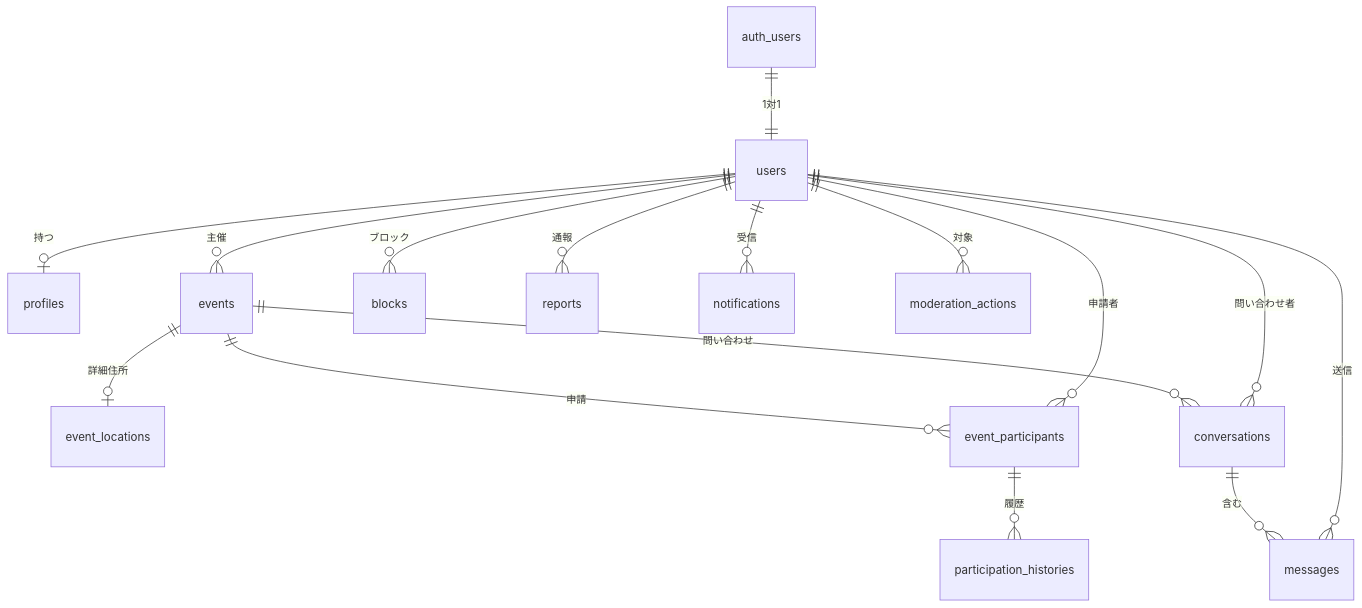
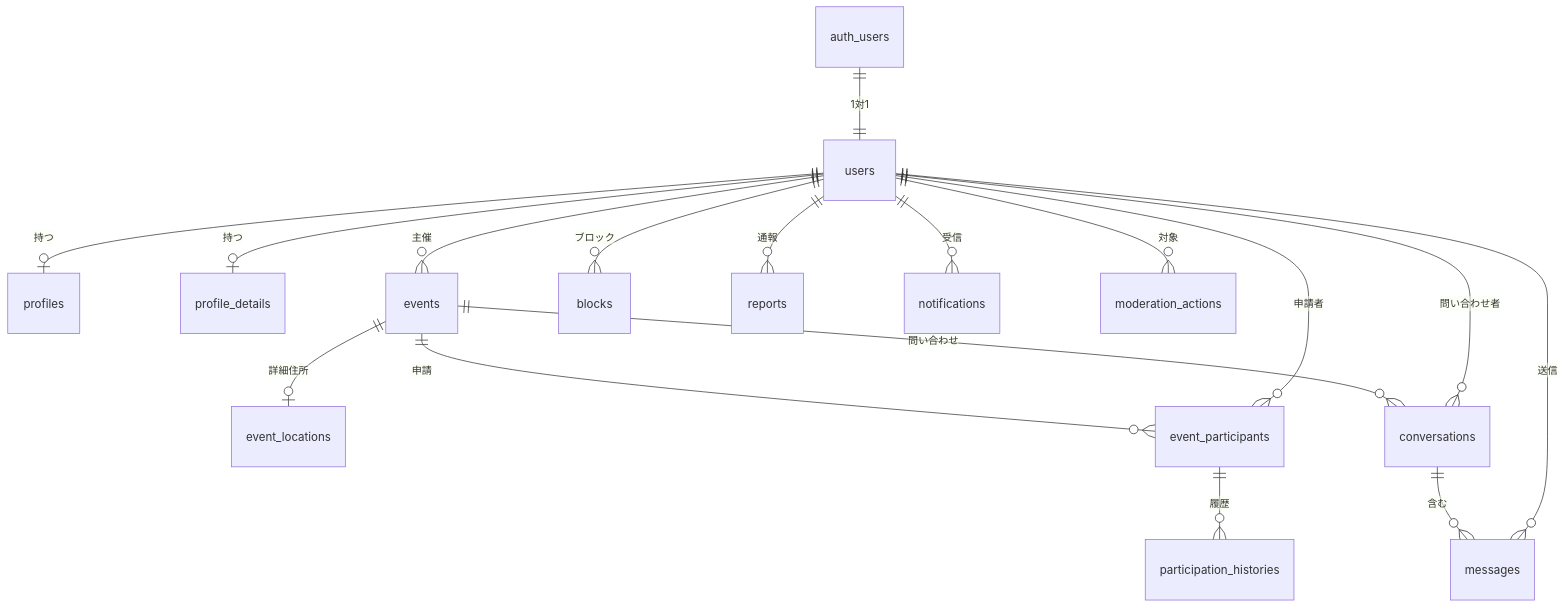
The first of 2 diagrams in docs/06_データベース設計.md (sysnovastudio-byte/nagoya-volleyball-matching), drawn with Mermaid before and after one commit. The commit also changed other lines of this file and 8 other files, not shown here.

````diff
--- a/docs/06_データベース設計.md
+++ b/docs/06_データベース設計.md
@@ -44,18 +46,19 @@
 ```mermaid
 erDiagram
     auth_users ||--|| users : "1対1"
     users ||--o| profiles : "持つ"
+    users ||--o| profile_details : "持つ"
     users ||--o{ events : "主催"
     events ||--o| event_locations : "詳細住所"
     events ||--o{ event_participants : "申請"
     users ||--o{ event_participants : "申請者"
     event_participants ||--o{ participation_histories : "履歴"
     events ||--o{ conversations : "問い合わせ"
     users ||--o{ conversations : "問い合わせ者"
     conversations ||--o{ messages : "含む"
     users ||--o{ messages : "送信"
     users ||--o{ blocks : "ブロック"
     users ||--o{ reports : "通報"
     users ||--o{ notifications : "受信"
     users ||--o{ moderation_actions : "対象"
 ```
````
